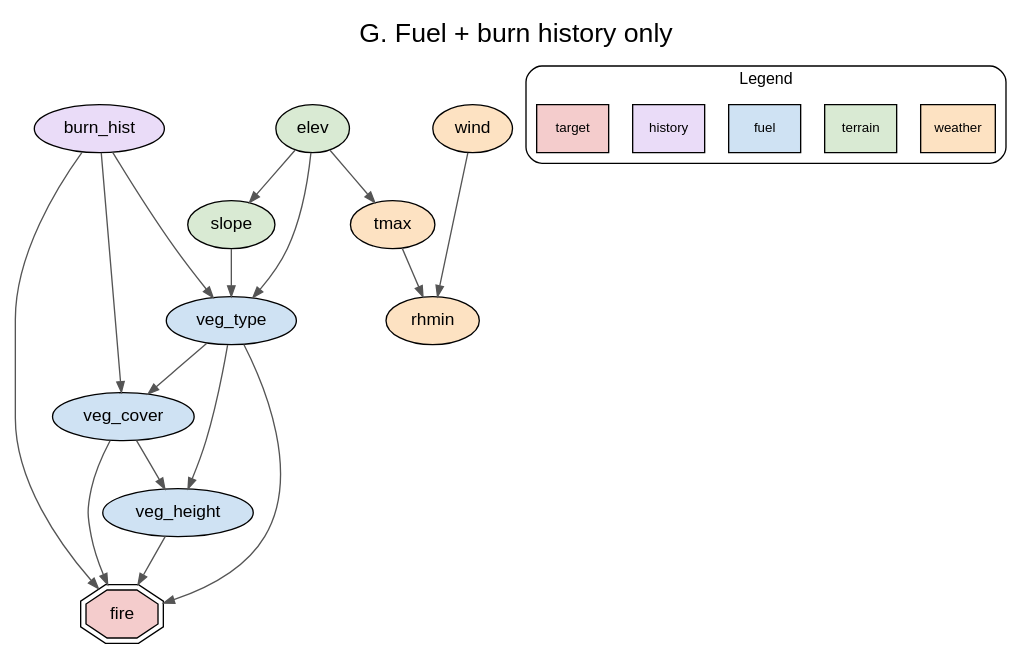
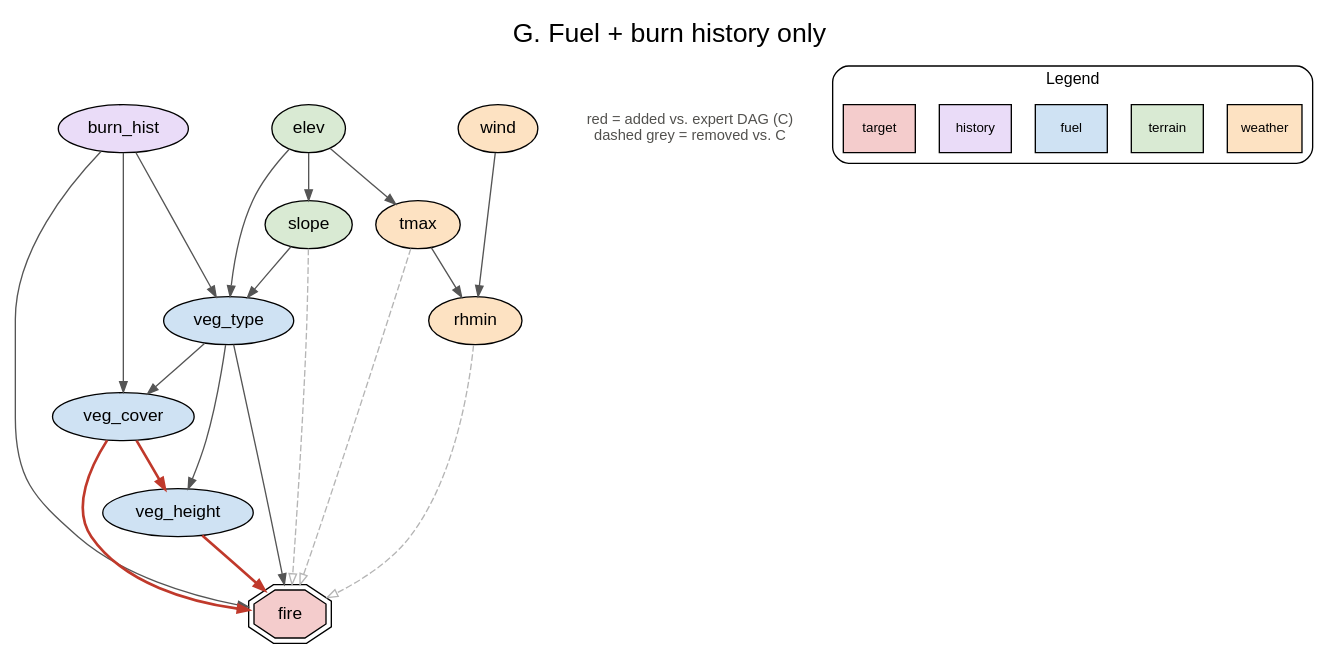
One commit to DzaiddinKhazani/Fire-Fighters-CSE150A changed the diagram in results/figures/dag_fuel_only.dot. Above: the diagram before and after it, drawn with Graphviz. The commit also changed 13 other files, not shown here.

Commit message:
Add generalization and hill-climbing stability analyses; highlight E-H diagrams

```diff
--- a/results/figures/dag_fuel_only.dot
+++ b/results/figures/dag_fuel_only.dot
@@ -1,33 +1,37 @@
 digraph "fuel_only" {
   rankdir=TB; labelloc=t; fontsize=20;
   label="G. Fuel + burn history only"; fontname="Helvetica";
   node [shape=ellipse, style=filled, fontname="Helvetica", fontsize=13];
   edge [color="#555555", arrowsize=0.8];
   "burn_hist" [fillcolor="#EADCF8"];
   "elev" [fillcolor="#D9EAD3"];
   "fire" [fillcolor="#F4CCCC", shape=doubleoctagon];
   "rhmin" [fillcolor="#FDE2C2"];
   "slope" [fillcolor="#D9EAD3"];
   "tmax" [fillcolor="#FDE2C2"];
   "veg_cover" [fillcolor="#CFE2F3"];
   "veg_height" [fillcolor="#CFE2F3"];
   "veg_type" [fillcolor="#CFE2F3"];
   "wind" [fillcolor="#FDE2C2"];
   { rank=same; "elev"; "wind"; "burn_hist"; }
   "elev" -> "slope";
   "elev" -> "tmax";
   "elev" -> "veg_type";
   "slope" -> "veg_type";
   "burn_hist" -> "veg_type";
   "veg_type" -> "veg_cover";
   "veg_type" -> "veg_height";
   "burn_hist" -> "veg_cover";
   "tmax" -> "rhmin";
   "wind" -> "rhmin";
-  "veg_cover" -> "veg_height";
+  "veg_cover" -> "veg_height" [color="#C0392B", penwidth=2];
   "veg_type" -> "fire";
-  "veg_cover" -> "fire";
-  "veg_height" -> "fire";
+  "veg_cover" -> "fire" [color="#C0392B", penwidth=2];
+  "veg_height" -> "fire" [color="#C0392B", penwidth=2];
   "burn_hist" -> "fire";
+  "rhmin" -> "fire" [color="#B5B5B5", style=dashed, arrowhead=empty];
+  "slope" -> "fire" [color="#B5B5B5", style=dashed, arrowhead=empty];
+  "tmax" -> "fire" [color="#B5B5B5", style=dashed, arrowhead=empty];
+  _note [shape=plaintext, style="", label="red = added vs. expert DAG (C)\ndashed grey = removed vs. C", fontsize=11, fontcolor="#52514e"];
   subgraph cluster_legend { label="Legend"; fontsize=12; style=rounded; "_weather" [label="weather", fillcolor="#FDE2C2", shape=box, fontsize=10]; "_terrain" [label="terrain", fillcolor="#D9EAD3", shape=box, fontsize=10]; "_fuel" [label="fuel", fillcolor="#CFE2F3", shape=box, fontsize=10]; "_history" [label="history", fillcolor="#EADCF8", shape=box, fontsize=10]; "_target" [label="target", fillcolor="#F4CCCC", shape=box, fontsize=10]; }
 }
```
